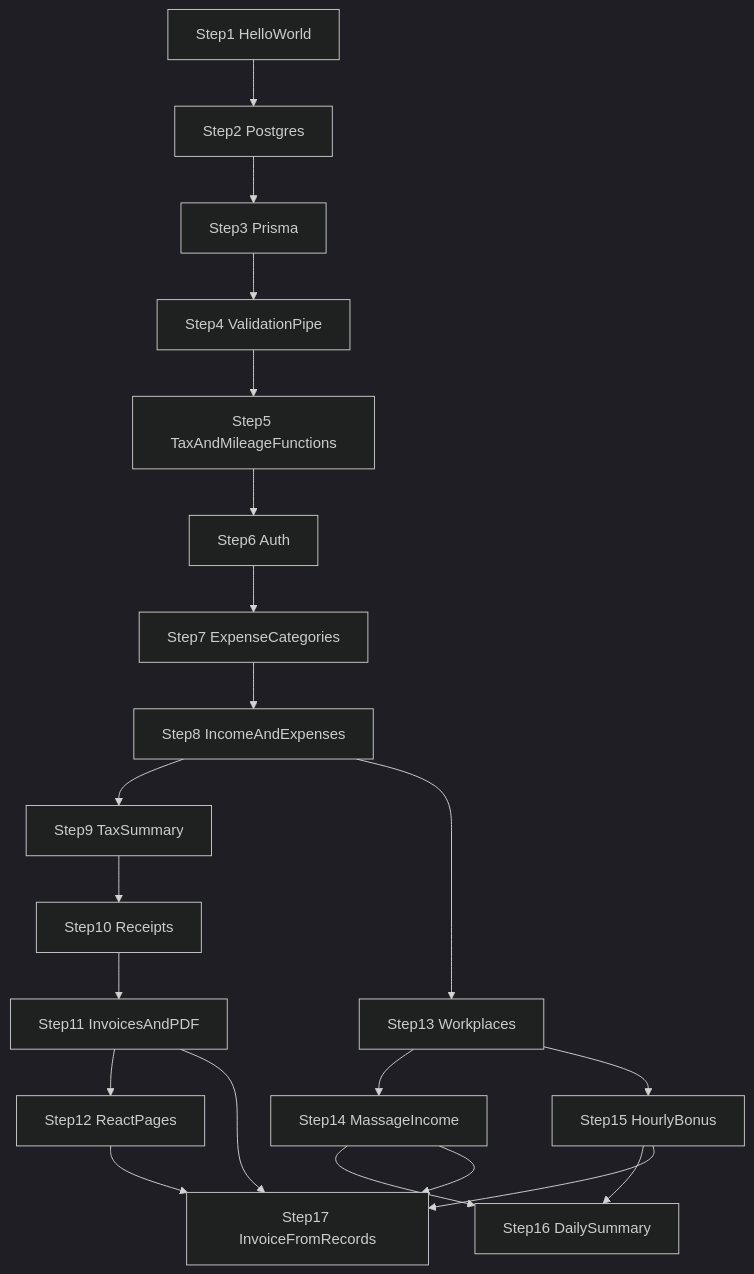
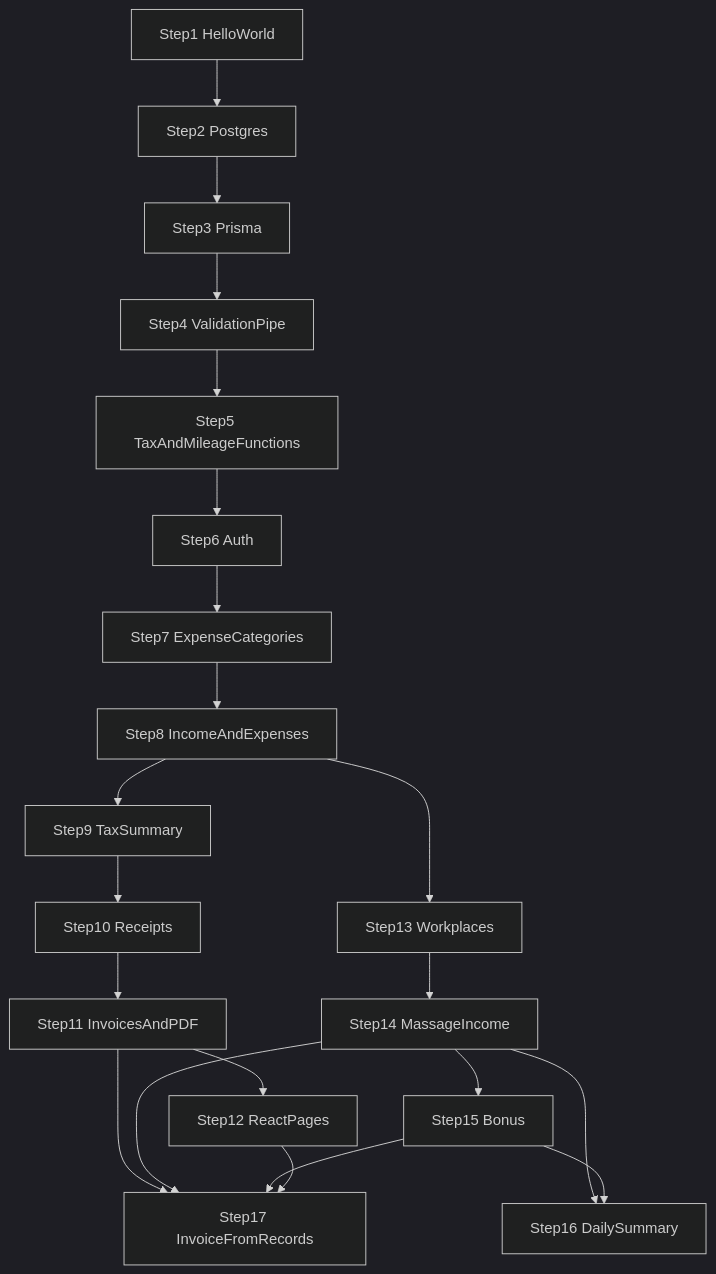
One commit to Toktakk/theratax changed the diagram in docs/02_project_plans.md. Above: the diagram before and after it, drawn with Mermaid (dark theme). The commit also changed other lines of this file and 18 other files, not shown here.

````diff
--- a/docs/02_project_plans.md
+++ b/docs/02_project_plans.md
@@ -11,30 +11,30 @@
 ```mermaid
 flowchart TD
   s1[Step1 HelloWorld]
   s2[Step2 Postgres]
   s3[Step3 Prisma]
   s4[Step4 ValidationPipe]
   s5[Step5 TaxAndMileageFunctions]
   s6[Step6 Auth]
   s7[Step7 ExpenseCategories]
   s8[Step8 IncomeAndExpenses]
   s9[Step9 TaxSummary]
   s10[Step10 Receipts]
   s11[Step11 InvoicesAndPDF]
   s12[Step12 ReactPages]
   s13[Step13 Workplaces]
   s14[Step14 MassageIncome]
-  s15[Step15 HourlyBonus]
+  s15[Step15 Bonus]
   s16[Step16 DailySummary]
   s17[Step17 InvoiceFromRecords]
   s1 --> s2 --> s3 --> s4 --> s5 --> s6 --> s7 --> s8 --> s9 --> s10 --> s11 --> s12
   s8 --> s13
   s13 --> s14
-  s13 --> s15
+  s14 --> s15
   s14 --> s16
   s15 --> s16
   s11 --> s17
   s14 --> s17
   s15 --> s17
   s12 --> s17
 ```
````
